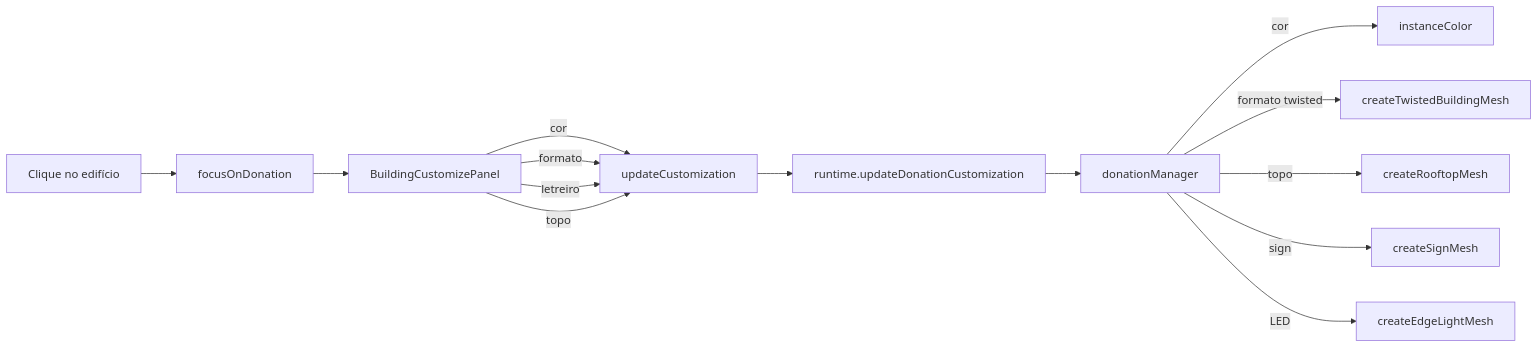
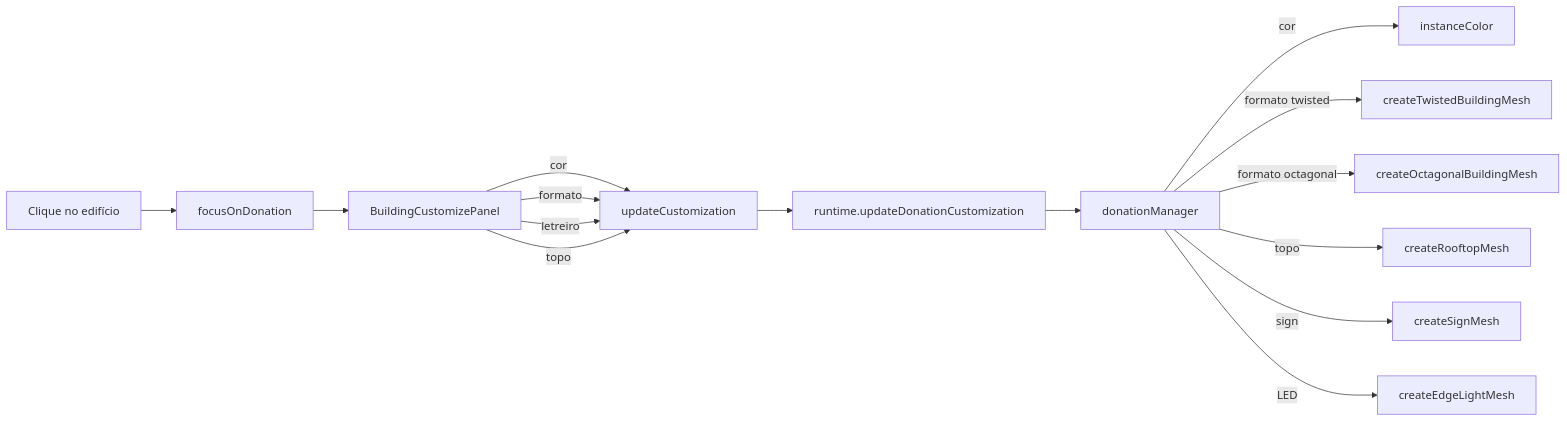
One commit to RaeII/pixcity changed the second of 2 diagrams in doc-pixcity/index.md. Above: the diagram before and after it, drawn with Mermaid. The commit also changed other lines of this file and 10 other files, not shown here.

````diff
--- a/doc-pixcity/index.md
+++ b/doc-pixcity/index.md
@@ -183,16 +185,17 @@
 ```mermaid
 flowchart LR
     Click[Clique no edifício] --> Focus[focusOnDonation]
     Focus --> Panel[BuildingCustomizePanel]
     Panel --> |cor| UC[updateCustomization]
     Panel --> |formato| UC
     Panel --> |letreiro| UC
     Panel --> |topo| UC
     UC --> Runtime[runtime.updateDonationCustomization]
     Runtime --> DM[donationManager]
     DM --> |cor| IC[instanceColor]
     DM --> |formato twisted| TW[createTwistedBuildingMesh]
+    DM --> |formato octagonal| OC[createOctagonalBuildingMesh]
     DM --> |topo| RM[createRooftopMesh]
     DM --> |sign| SM[createSignMesh]
     DM --> |LED| EL[createEdgeLightMesh]
 ```
````
